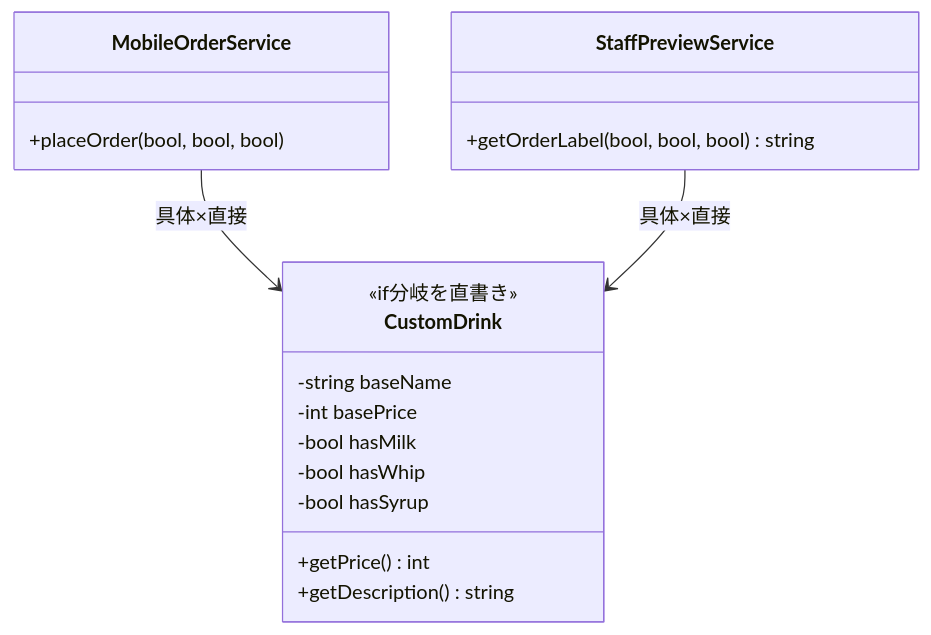
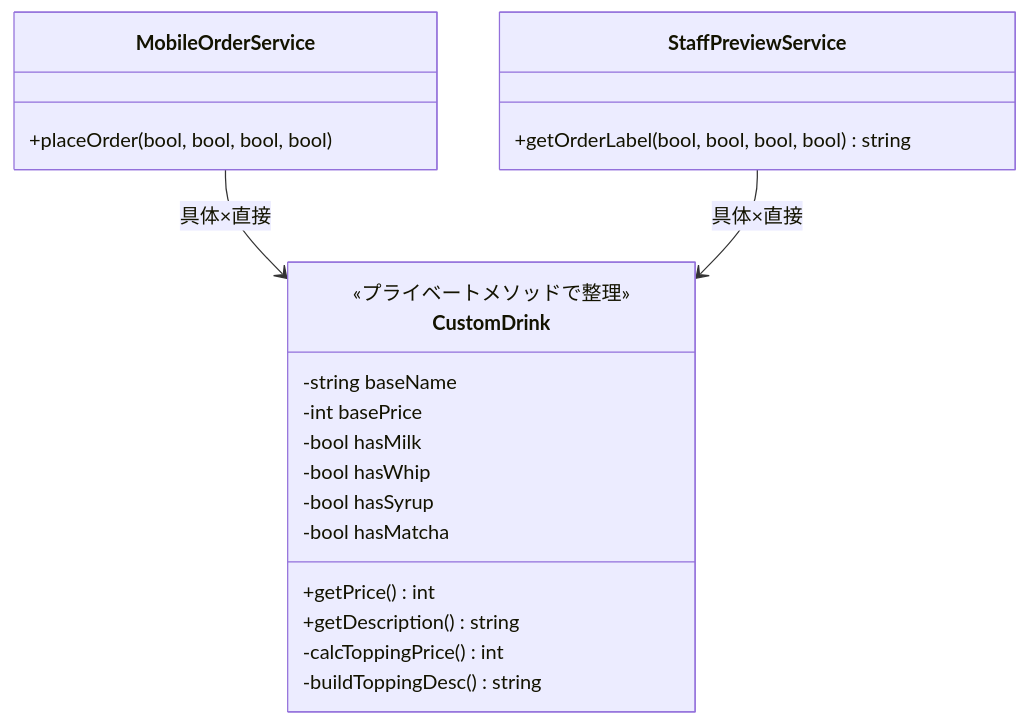
Before and after one commit to kumachan1101-pixel/DesignPattern: the fourth of 10 diagrams in kindle/design-patterns/output/chapter06.md, drawn with Mermaid. The commit also changed other lines of this file and 12 other files, not shown here.

````diff
--- a/kindle/design-patterns/output/chapter06.md
+++ b/kindle/design-patterns/output/chapter06.md
@@ -499,21 +499,24 @@
 ```mermaid
 classDiagram
     class CustomDrink {
-        <<if分岐を直書き>>
+        <<プライベートメソッドで整理>>
         -string baseName
         -int basePrice
         -bool hasMilk
         -bool hasWhip
         -bool hasSyrup
+        -bool hasMatcha
         +getPrice() int
         +getDescription() string
+        -calcToppingPrice() int
+        -buildToppingDesc() string
     }
     class MobileOrderService {
-        +placeOrder(bool, bool, bool)
+        +placeOrder(bool, bool, bool, bool)
     }
     class StaffPreviewService {
-        +getOrderLabel(bool, bool, bool) string
+        +getOrderLabel(bool, bool, bool, bool) string
     }
     MobileOrderService --> CustomDrink : 具体×直接
     StaffPreviewService --> CustomDrink : 具体×直接
 ```
````
